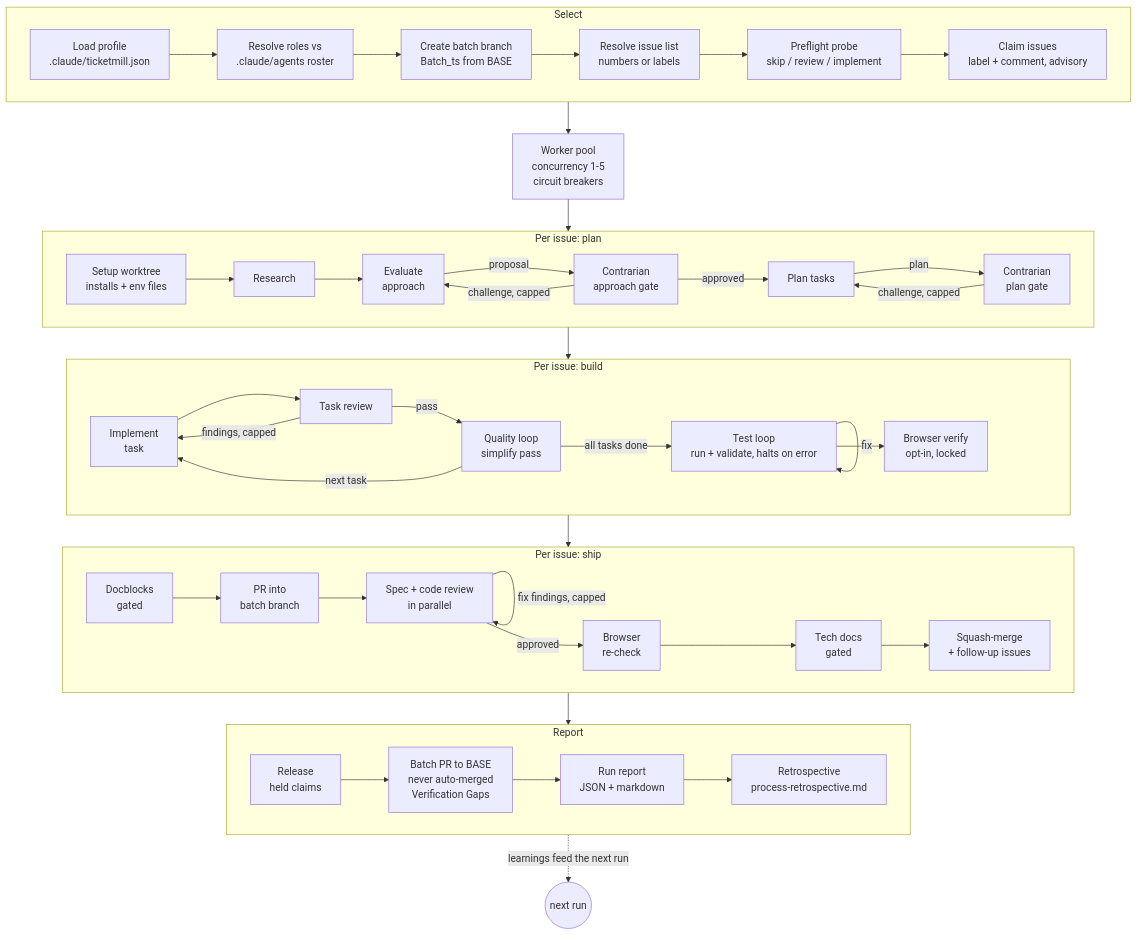
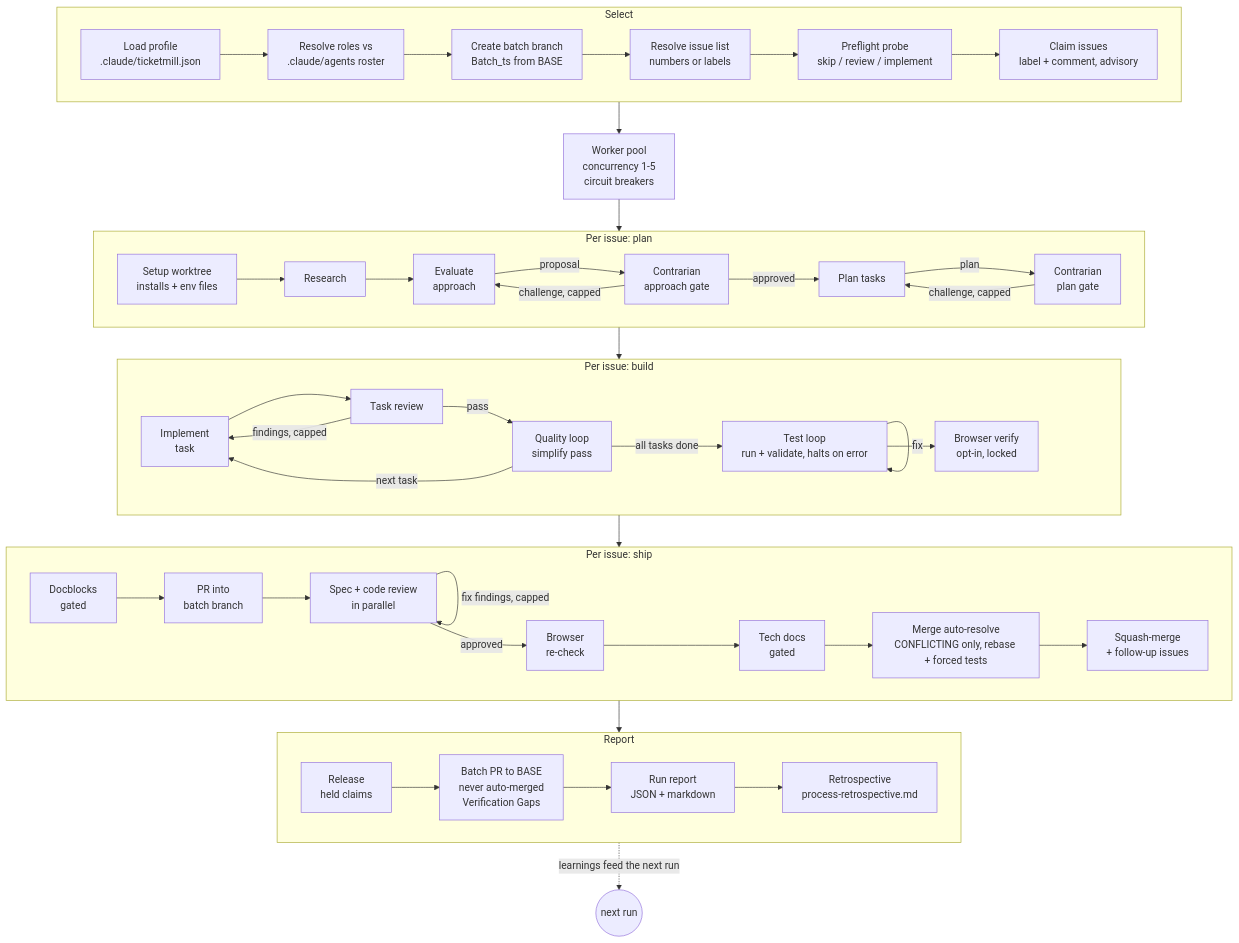
Before and after one commit to aaddrick/ticketmill: the diagram in docs/ARCHITECTURE.md, drawn with Mermaid. The commit also changed other lines of this file and 1 other file, not shown here.

````diff
--- a/docs/ARCHITECTURE.md
+++ b/docs/ARCHITECTURE.md
@@ -9,51 +9,51 @@
 ```mermaid
 flowchart TD
     subgraph SEL["Select"]
         direction LR
         P["Load profile<br/>.claude/ticketmill.json"] --> D["Resolve roles vs<br/>.claude/agents roster"] --> B["Create batch branch<br/>Batch_ts from BASE"] --> I["Resolve issue list<br/>numbers or labels"] --> F["Preflight probe<br/>skip / review / implement"] --> C["Claim issues<br/>label + comment, advisory"]
     end
 
     SEL --> POOL["Worker pool<br/>concurrency 1-5<br/>circuit breakers"]
     POOL --> PLAN
 
     subgraph PLAN["Per issue: plan"]
         direction LR
         S["Setup worktree<br/>installs + env files"] --> R["Research"] --> E["Evaluate<br/>approach"]
         E -->|proposal| CA["Contrarian<br/>approach gate"]
         CA -->|"challenge, capped"| E
         CA -->|approved| PL["Plan tasks"]
         PL -->|plan| CP["Contrarian<br/>plan gate"]
         CP -->|"challenge, capped"| PL
     end
 
     PLAN --> BUILD
 
     subgraph BUILD["Per issue: build"]
         direction LR
         IM["Implement<br/>task"] --> TR["Task review"]
         TR -->|"findings, capped"| IM
         TR -->|pass| QL["Quality loop<br/>simplify pass"]
         QL -->|"next task"| IM
         QL -->|"all tasks done"| TL["Test loop<br/>run + validate, halts on error"]
         TL -->|fix| TL
         TL --> BW["Browser verify<br/>opt-in, locked"]
     end
 
     BUILD --> SHIP
 
     subgraph SHIP["Per issue: ship"]
         direction LR
         DB["Docblocks<br/>gated"] --> PR["PR into<br/>batch branch"] --> RV["Spec + code review<br/>in parallel"]
         RV -->|"fix findings, capped"| RV
-        RV -->|approved| BW2["Browser<br/>re-check"] --> TDOC["Tech docs<br/>gated"] --> MG["Squash-merge<br/>+ follow-up issues"]
+        RV -->|approved| BW2["Browser<br/>re-check"] --> TDOC["Tech docs<br/>gated"] --> MAR["Merge auto-resolve<br/>CONFLICTING only, rebase + forced tests"] --> MG["Squash-merge<br/>+ follow-up issues"]
     end
 
     SHIP --> REP
 
     subgraph REP["Report"]
         direction LR
         RL["Release<br/>held claims"] --> BP["Batch PR to BASE<br/>never auto-merged<br/>Verification Gaps"] --> RO["Run report<br/>JSON + markdown"] --> RT["Retrospective<br/>process-retrospective.md"]
     end
 
     REP -.->|"learnings feed the next run"| NEXT(("next run"))
 ```
````
